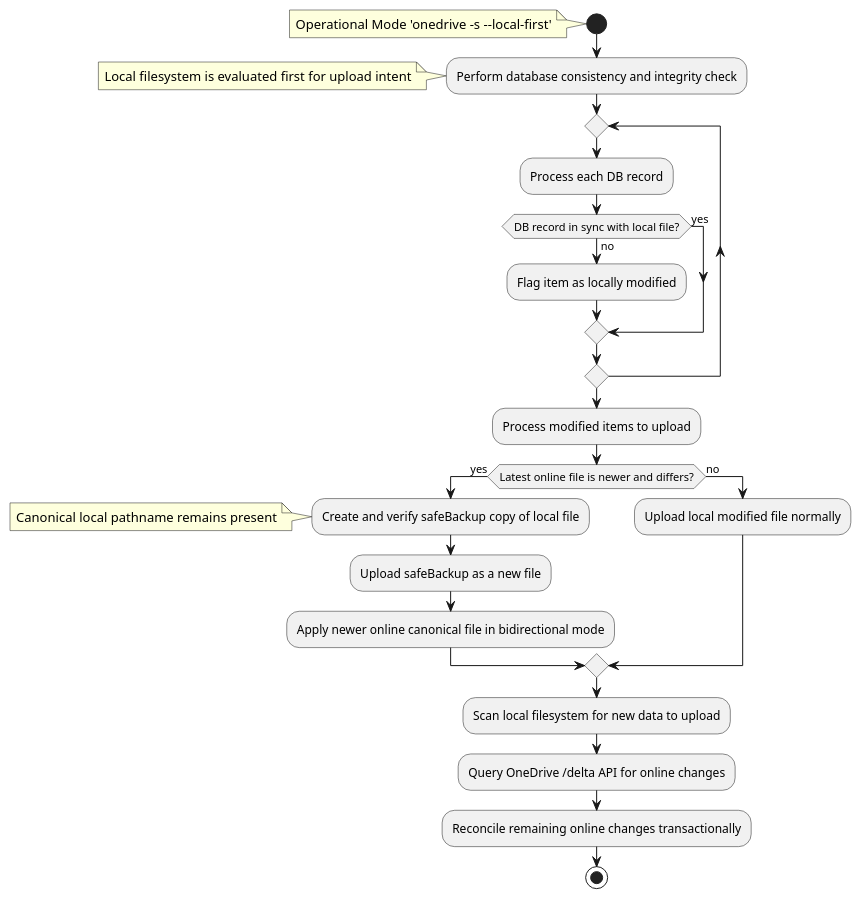
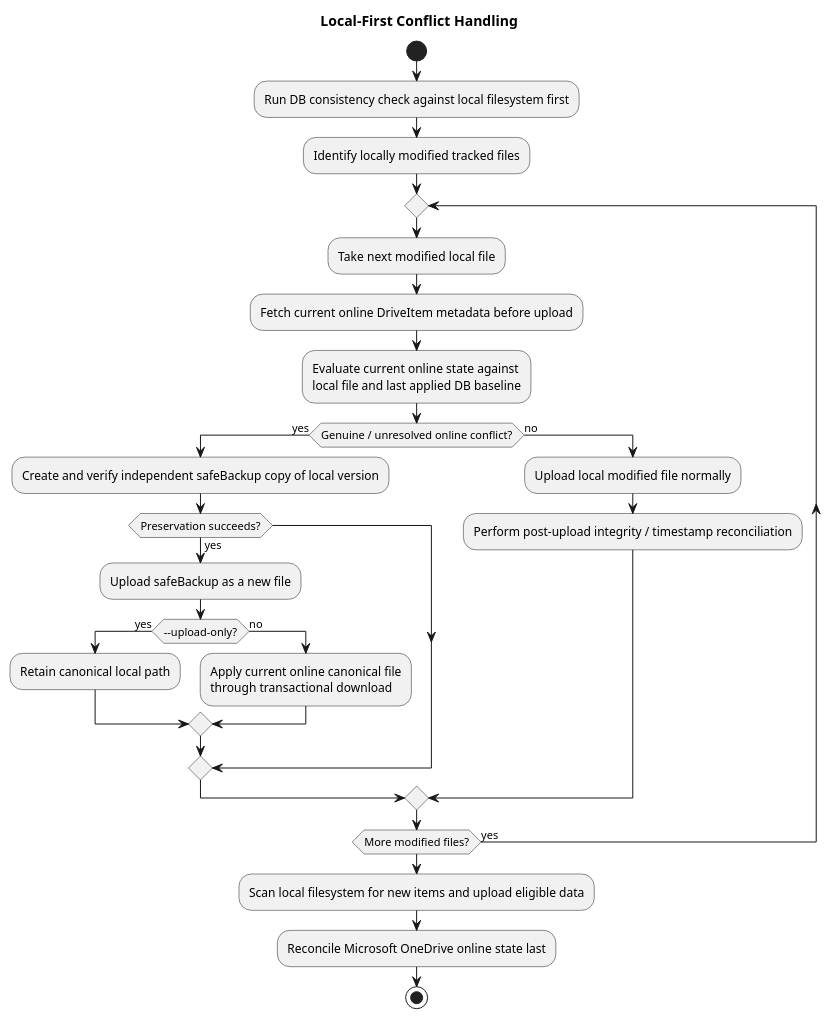
Before and after one commit to abraunegg/onedrive: the diagram in docs/puml/conflict_handling_local-first_default.puml, drawn with PlantUML. The commit also changed 45 other files, not shown here.

First line of the commit message:
Update architecture documentation

```diff
--- a/docs/puml/conflict_handling_local-first_default.puml
+++ b/docs/puml/conflict_handling_local-first_default.puml
@@ -1,28 +1,31 @@
 @startuml
+title Local-First Conflict Handling
 start
-note left: Operational Mode 'onedrive -s --local-first'
-:Perform database consistency and integrity check;
-note left: Local filesystem is evaluated first for upload intent
+
+:Run DB consistency check against local filesystem first;
+:Identify locally modified tracked files;
+
 repeat
-  :Process each DB record;
-  if (DB record in sync with local file?) then (yes)
+  :Take next modified local file;
+  :Fetch current online DriveItem metadata before upload;
+  :Evaluate current online state against\nlocal file and last applied DB baseline;
+  if (Genuine / unresolved online conflict?) then (yes)
+    :Create and verify independent safeBackup copy of local version;
+    if (Preservation succeeds?) then (yes)
+      :Upload safeBackup as a new file;
+      if (~--upload-only?) then (yes)
+        :Retain canonical local path;
+      else (no)
+        :Apply current online canonical file\nthrough transactional download;
+      endif
+    endif
   else (no)
-    :Flag item as locally modified;
+    :Upload local modified file normally;
+    :Perform post-upload integrity / timestamp reconciliation;
   endif
-repeat while
+repeat while (More modified files?) is (yes)
 
-:Process modified items to upload;
-if (Latest online file is newer and differs?) then (yes)
-  :Create and verify safeBackup copy of local file;
-  note left: Canonical local pathname remains present
-  :Upload safeBackup as a new file;
-  :Apply newer online canonical file in bidirectional mode;
-else (no)
-  :Upload local modified file normally;
-endif
-
-:Scan local filesystem for new data to upload;
-:Query OneDrive /delta API for online changes;
-:Reconcile remaining online changes transactionally;
+:Scan local filesystem for new items and upload eligible data;
+:Reconcile Microsoft OneDrive online state last;
 stop
 @enduml
```
